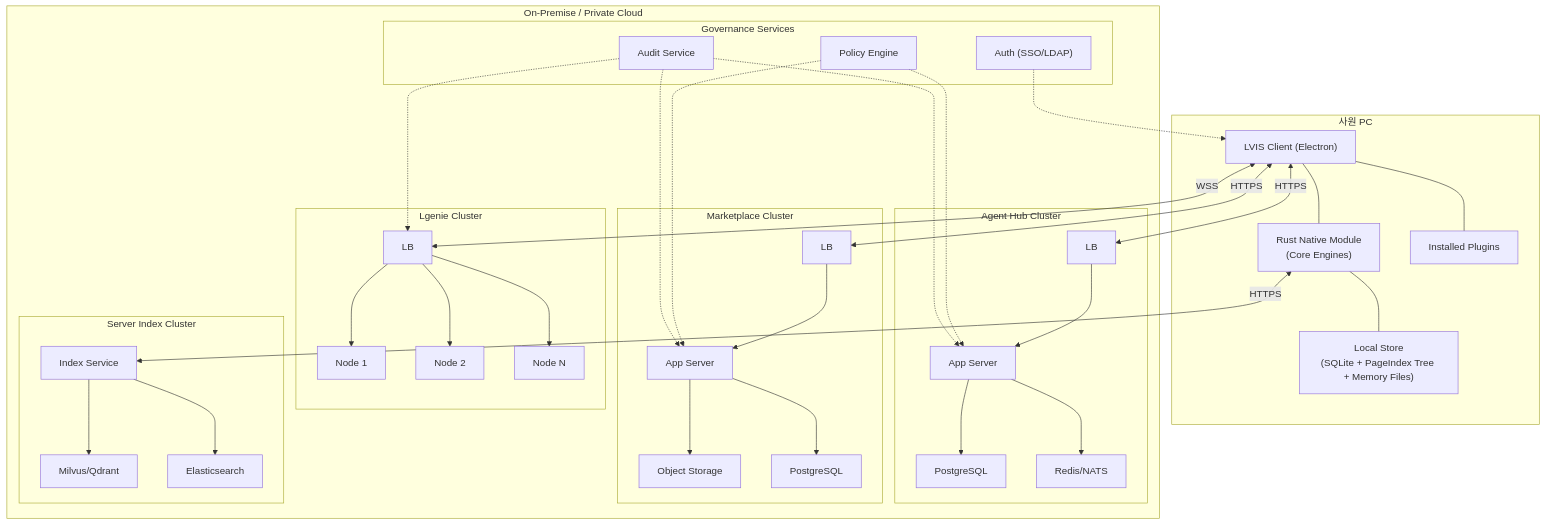
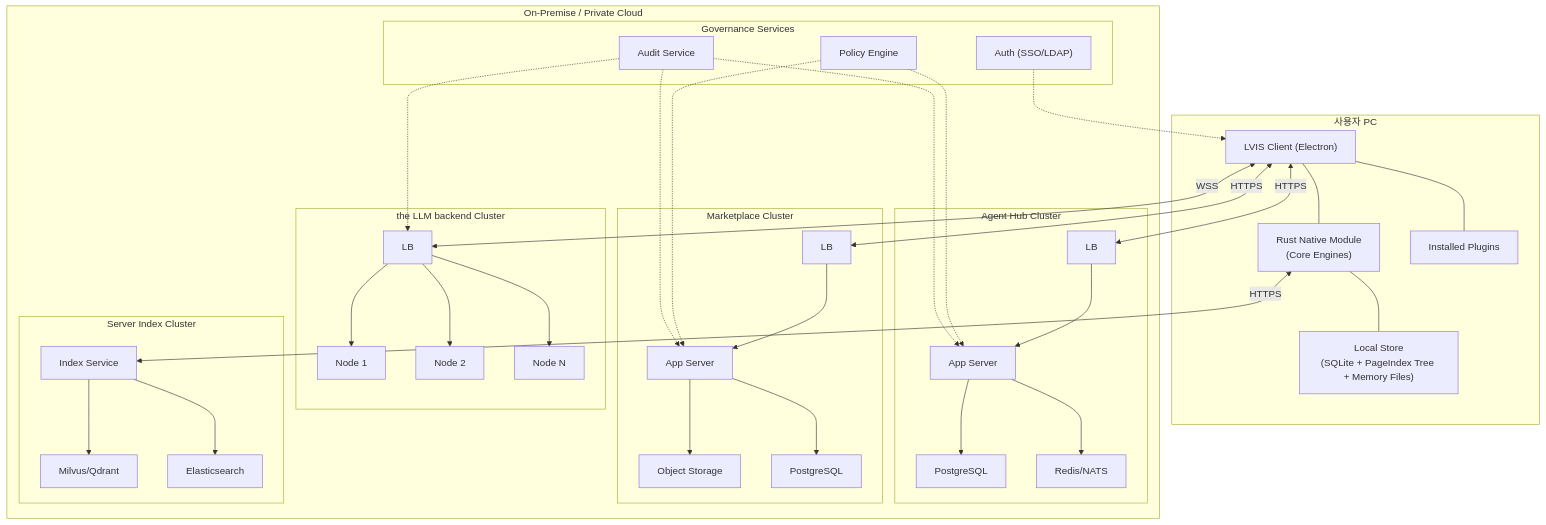
Diagram 42 of 44 in docs/architecture/architecture.md (lvis-project/lvis-app), drawn with Mermaid before and after one commit. The commit also changed other lines of this file and 86 other files, not shown here.

````diff
--- a/docs/architecture/architecture.md
+++ b/docs/architecture/architecture.md
@@ -3625,55 +3625,55 @@
 ```mermaid
 graph TB
-    subgraph "사원 PC"
+    subgraph "사용자 PC"
         ELECTRON["LVIS Client (Electron)"]
         RUST_CORE["Rust Native Module<br/>(Core Engines)"]
         LOCAL_DATA["Local Store<br/>(SQLite + PageIndex Tree + Memory Files)"]
         PLUGINS["Installed Plugins"]
 
         ELECTRON --- RUST_CORE --- LOCAL_DATA
         ELECTRON --- PLUGINS
     end
 
     subgraph "On-Premise / Private Cloud"
-        subgraph "Lgenie Cluster"
+        subgraph "the LLM backend Cluster"
             LLM_LB["LB"] --> LLM_1["Node 1"]
             LLM_LB --> LLM_2["Node 2"]
             LLM_LB --> LLM_N["Node N"]
         end
 
         subgraph "Agent Hub Cluster"
             AH_LB["LB"] --> AH_APP["App Server"]
             AH_APP --> AH_DB["PostgreSQL"]
             AH_APP --> AH_MQ["Redis/NATS"]
         end
 
         subgraph "Marketplace Cluster"
             MK_LB["LB"] --> MK_APP["App Server"]
             MK_APP --> MK_STORE["Object Storage"]
             MK_APP --> MK_DB["PostgreSQL"]
         end
 
         subgraph "Server Index Cluster"
             IDX_APP["Index Service"]
             IDX_APP --> IDX_VEC["Milvus/Qdrant"]
             IDX_APP --> IDX_ES["Elasticsearch"]
         end
 
         subgraph "Governance Services"
             GOV_AUTH["Auth (SSO/LDAP)"]
             GOV_POLICY["Policy Engine"]
             GOV_AUDIT["Audit Service"]
         end
     end
 
     ELECTRON <-->|"WSS"| LLM_LB
     ELECTRON <-->|"HTTPS"| AH_LB
     ELECTRON <-->|"HTTPS"| MK_LB
     RUST_CORE <-->|"HTTPS"| IDX_APP
     GOV_AUTH -.-> ELECTRON
     GOV_POLICY -.-> AH_APP
     GOV_POLICY -.-> MK_APP
     GOV_AUDIT -.-> AH_APP
     GOV_AUDIT -.-> MK_APP
     GOV_AUDIT -.-> LLM_LB
 ```
````
